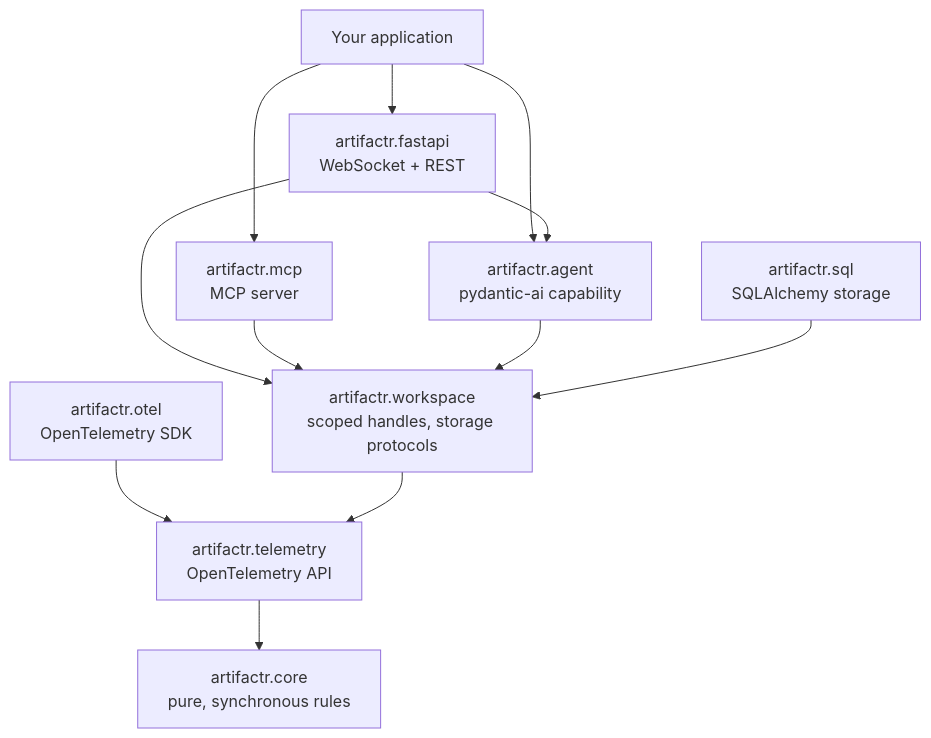
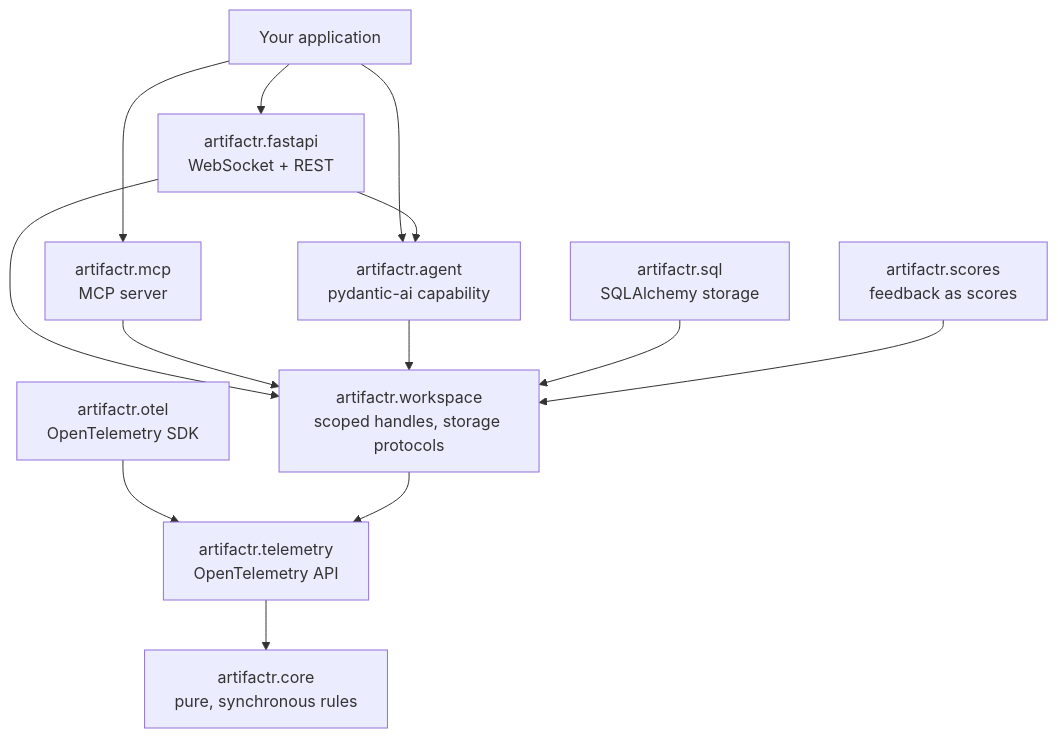
Before and after one commit to alexnodeland/artifactr: the first of 3 diagrams in docs/architecture.md, drawn with Mermaid. The commit also changed other lines of this file and 20 other files, not shown here.

First line of the commit message:
feat(scores): feedback as scores, a log mirror, and their ports (#29)

````diff
--- a/docs/architecture.md
+++ b/docs/architecture.md
@@ -53,14 +53,15 @@
 ```mermaid
 graph TD
     app["Your application"] --> fastapi["artifactr.fastapi<br/>WebSocket + REST"]
     app --> mcp["artifactr.mcp<br/>MCP server"]
     app --> agent
     fastapi --> agent["artifactr.agent<br/>pydantic-ai capability"]
     fastapi --> workspace
     mcp --> workspace
     agent --> workspace["artifactr.workspace<br/>scoped handles, storage protocols"]
     sql["artifactr.sql<br/>SQLAlchemy storage"] --> workspace
+    scores["artifactr.scores<br/>feedback as scores"] --> workspace
     otel["artifactr.otel<br/>OpenTelemetry SDK"] --> telemetry
     workspace --> telemetry["artifactr.telemetry<br/>OpenTelemetry API"]
     telemetry --> core["artifactr.core<br/>pure, synchronous rules"]
 ```
````
